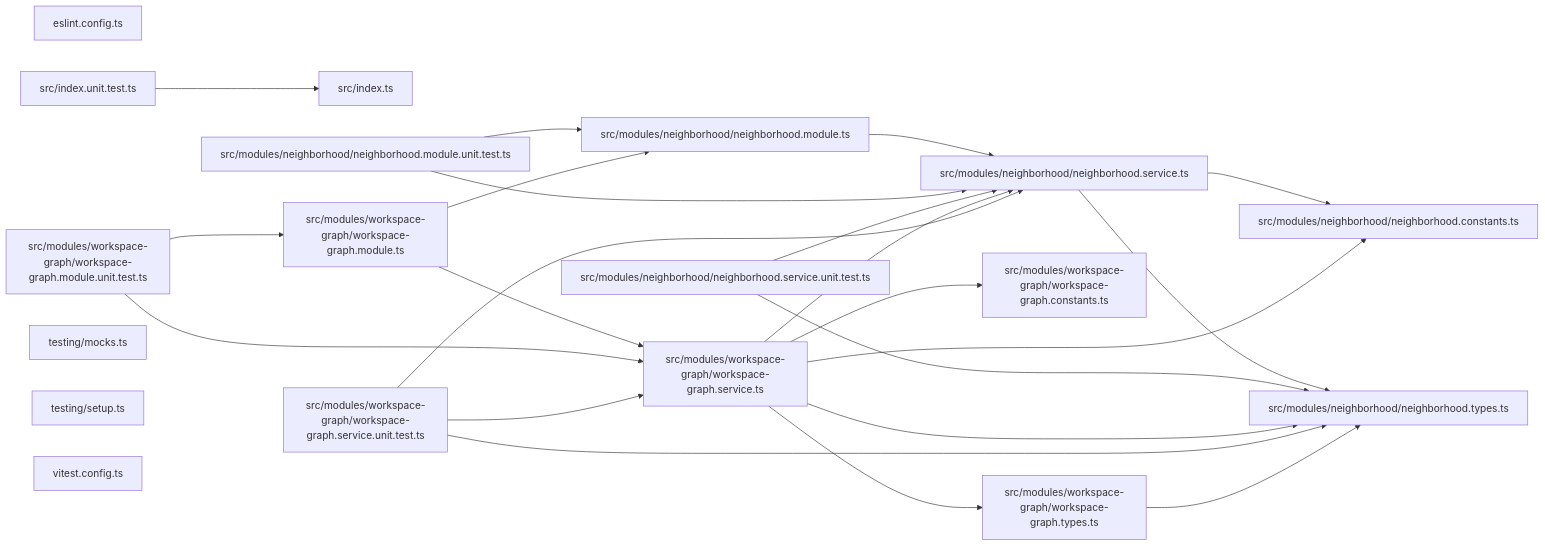
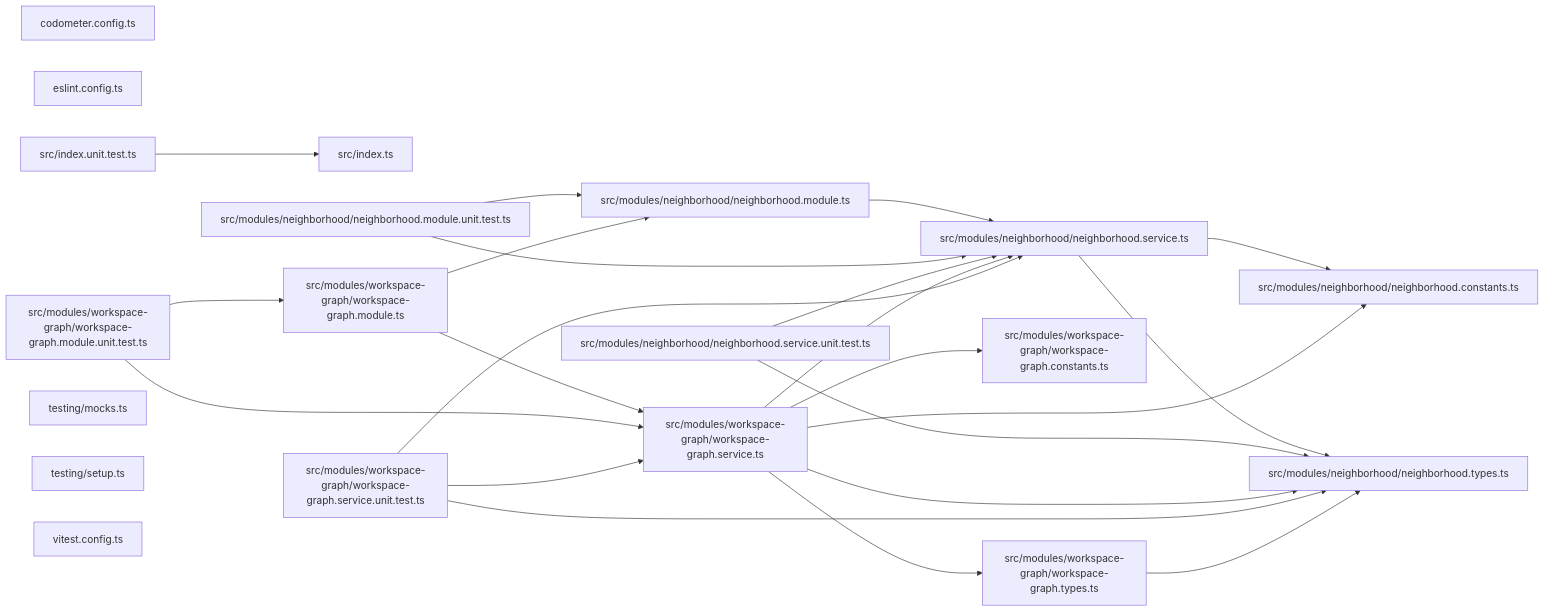
The third of 3 diagrams in packages/codependix-nx/README.md (JimmyPaolini/codebase), drawn with Mermaid before and after one commit. The commit also changed other lines of this file and 50 other files, not shown here.

````diff
--- a/packages/codependix-nx/README.md
+++ b/packages/codependix-nx/README.md
@@ -40,42 +40,43 @@
 ```mermaid
 graph LR
+  file_codometer_config_ts["codometer.config.ts"]
   file_eslint_config_ts["eslint.config.ts"]
   file_src_index_ts["src/index.ts"]
   file_src_index_unit_test_ts["src/index.unit.test.ts"]
   file_src_modules_neighborhood_neighborhood_constants_ts["src/modules/neighborhood/neighborhood.constants.ts"]
   file_src_modules_neighborhood_neighborhood_module_ts["src/modules/neighborhood/neighborhood.module.ts"]
   file_src_modules_neighborhood_neighborhood_module_unit_test_ts["src/modules/neighborhood/neighborhood.module.unit.test.ts"]
   file_src_modules_neighborhood_neighborhood_service_ts["src/modules/neighborhood/neighborhood.service.ts"]
   file_src_modules_neighborhood_neighborhood_service_unit_test_ts["src/modules/neighborhood/neighborhood.service.unit.test.ts"]
   file_src_modules_neighborhood_neighborhood_types_ts["src/modules/neighborhood/neighborhood.types.ts"]
   file_src_modules_workspace_graph_workspace_graph_constants_ts["src/modules/workspace-graph/workspace-graph.constants.ts"]
   file_src_modules_workspace_graph_workspace_graph_module_ts["src/modules/workspace-graph/workspace-graph.module.ts"]
   file_src_modules_workspace_graph_workspace_graph_module_unit_test_ts["src/modules/workspace-graph/workspace-graph.module.unit.test.ts"]
   file_src_modules_workspace_graph_workspace_graph_service_ts["src/modules/workspace-graph/workspace-graph.service.ts"]
   file_src_modules_workspace_graph_workspace_graph_service_unit_test_ts["src/modules/workspace-graph/workspace-graph.service.unit.test.ts"]
   file_src_modules_workspace_graph_workspace_graph_types_ts["src/modules/workspace-graph/workspace-graph.types.ts"]
   file_testing_mocks_ts["testing/mocks.ts"]
   file_testing_setup_ts["testing/setup.ts"]
   file_vitest_config_ts["vitest.config.ts"]
   file_src_index_unit_test_ts --> file_src_index_ts
   file_src_modules_neighborhood_neighborhood_module_ts --> file_src_modules_neighborhood_neighborhood_service_ts
   file_src_modules_neighborhood_neighborhood_module_unit_test_ts --> file_src_modules_neighborhood_neighborhood_module_ts
   file_src_modules_neighborhood_neighborhood_module_unit_test_ts --> file_src_modules_neighborhood_neighborhood_service_ts
   file_src_modules_neighborhood_neighborhood_service_ts --> file_src_modules_neighborhood_neighborhood_constants_ts
   file_src_modules_neighborhood_neighborhood_service_ts --> file_src_modules_neighborhood_neighborhood_types_ts
   file_src_modules_neighborhood_neighborhood_service_unit_test_ts --> file_src_modules_neighborhood_neighborhood_service_ts
   file_src_modules_neighborhood_neighborhood_service_unit_test_ts --> file_src_modules_neighborhood_neighborhood_types_ts
   file_src_modules_workspace_graph_workspace_graph_module_ts --> file_src_modules_neighborhood_neighborhood_module_ts
   file_src_modules_workspace_graph_workspace_graph_module_ts --> file_src_modules_workspace_graph_workspace_graph_service_ts
   file_src_modules_workspace_graph_workspace_graph_module_unit_test_ts --> file_src_modules_workspace_graph_workspace_graph_module_ts
   file_src_modules_workspace_graph_workspace_graph_module_unit_test_ts --> file_src_modules_workspace_graph_workspace_graph_service_ts
   file_src_modules_workspace_graph_workspace_graph_service_ts --> file_src_modules_neighborhood_neighborhood_constants_ts
   file_src_modules_workspace_graph_workspace_graph_service_ts --> file_src_modules_neighborhood_neighborhood_service_ts
   file_src_modules_workspace_graph_workspace_graph_service_ts --> file_src_modules_neighborhood_neighborhood_types_ts
   file_src_modules_workspace_graph_workspace_graph_service_ts --> file_src_modules_workspace_graph_workspace_graph_constants_ts
   file_src_modules_workspace_graph_workspace_graph_service_ts --> file_src_modules_workspace_graph_workspace_graph_types_ts
   file_src_modules_workspace_graph_workspace_graph_service_unit_test_ts --> file_src_modules_neighborhood_neighborhood_service_ts
   file_src_modules_workspace_graph_workspace_graph_service_unit_test_ts --> file_src_modules_neighborhood_neighborhood_types_ts
   file_src_modules_workspace_graph_workspace_graph_service_unit_test_ts --> file_src_modules_workspace_graph_workspace_graph_service_ts
   file_src_modules_workspace_graph_workspace_graph_types_ts --> file_src_modules_neighborhood_neighborhood_types_ts
 ```
````
